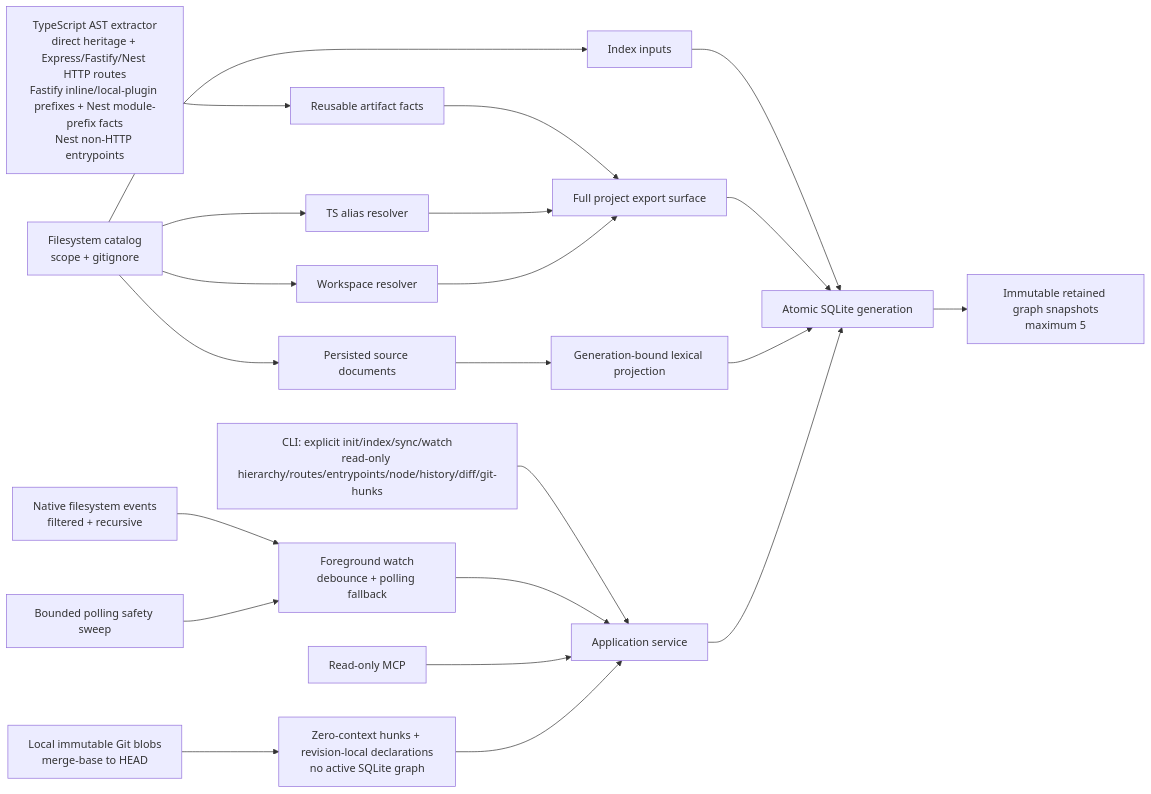
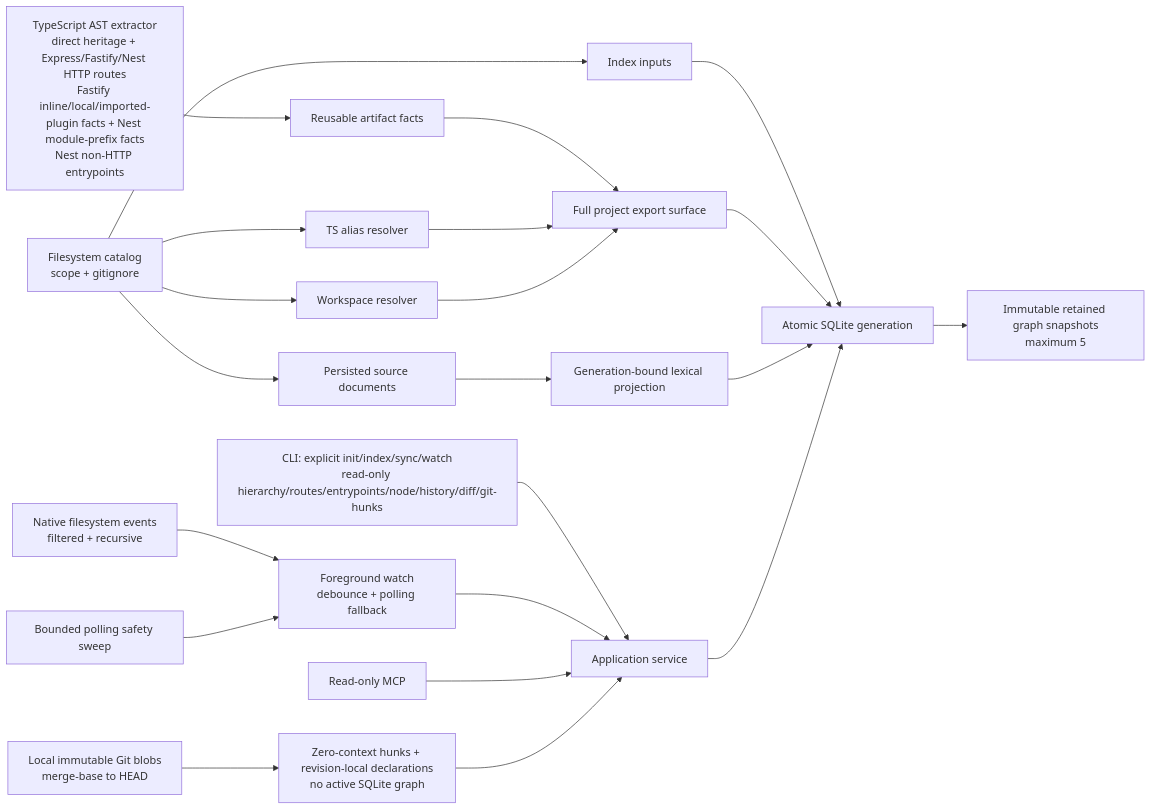
The diagram in README.md (HsinPu/SymbolLattice), drawn with Mermaid before and after one commit. The commit also changed other lines of this file and 12 other files, not shown here.

````diff
--- a/README.md
+++ b/README.md
@@ -721,23 +751,23 @@
 ```mermaid
 flowchart LR
   CLI["CLI: explicit init/index/sync/watch\nread-only hierarchy/routes/entrypoints/node/history/diff/git-hunks"] --> App["Application service"]
   Native["Native filesystem events\nfiltered + recursive"] --> Watch["Foreground watch\ndebounce + polling fallback"]
   Timer["Bounded polling safety sweep"] --> Watch
   Watch --> App
   MCP["Read-only MCP"] --> App
   Git["Local immutable Git blobs\nmerge-base to HEAD"] --> GitHunks["Zero-context hunks + revision-local declarations\nno active SQLite graph"] --> App
   Catalog["Filesystem catalog\nscope + gitignore"] --> Inputs["Index inputs"]
   Catalog --> TS["TS alias resolver"]
   Catalog --> WS["Workspace resolver"]
-  Extractor["TypeScript AST extractor\ndirect heritage + Express/Fastify/Nest HTTP routes\nFastify inline/local-plugin prefixes + Nest module-prefix facts\nNest non-HTTP entrypoints"] --> Facts["Reusable artifact facts"]
+  Extractor["TypeScript AST extractor\ndirect heritage + Express/Fastify/Nest HTTP routes\nFastify inline/local/imported-plugin facts + Nest module-prefix facts\nNest non-HTTP entrypoints"] --> Facts["Reusable artifact facts"]
   Catalog --> SourceDocs["Persisted source documents"]
   SourceDocs --> Retrieval["Generation-bound lexical projection"]
   Facts --> Resolver["Full project export surface"]
   TS --> Resolver
   WS --> Resolver
   Inputs --> SQLite["Atomic SQLite generation"]
   Resolver --> SQLite
   Retrieval --> SQLite
   SQLite --> Retained["Immutable retained graph snapshots\nmaximum 5"]
   App --> SQLite
 ```
````
